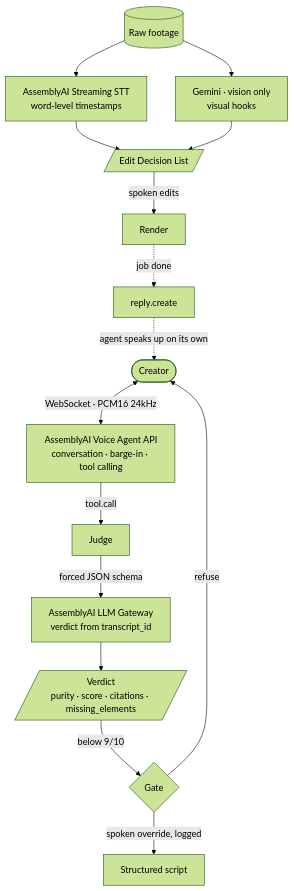
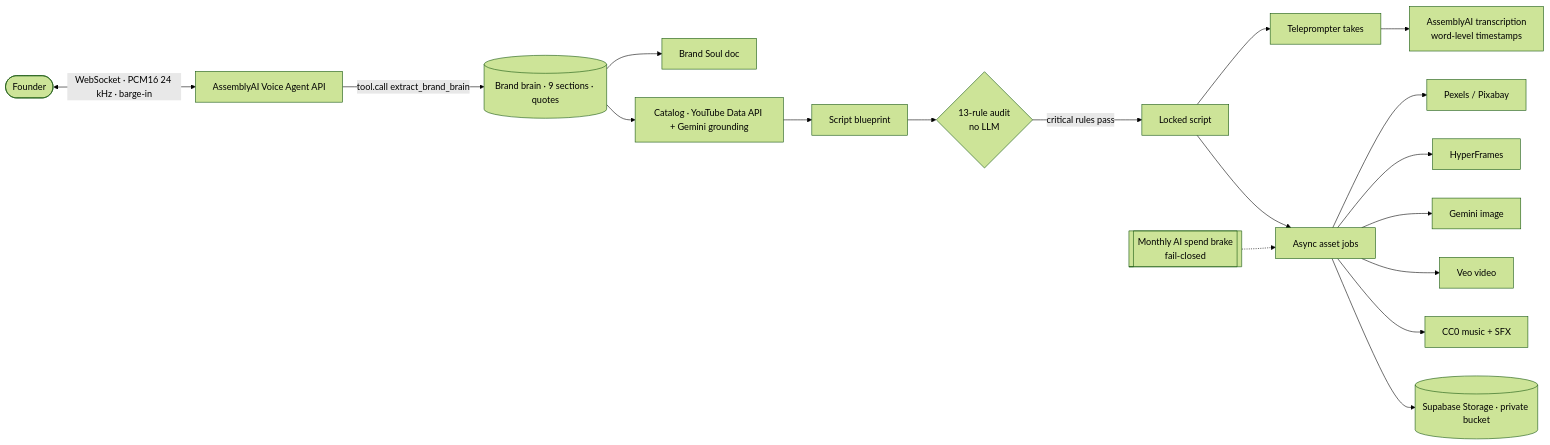
The diagram in README.md (SingularityOS-AI/brand-studio-agent), drawn with Mermaid (forest theme) before and after one commit. The commit also changed other lines of this file and 7 other files, not shown here.

````diff
--- a/README.md
+++ b/README.md
@@ -46,21 +70,19 @@
 ```mermaid
-flowchart TD
-    U([Creator]) <-->|WebSocket · PCM16 24kHz| VA[AssemblyAI Voice Agent API<br/>conversation · barge-in · tool calling]
-
-    VA -->|tool.call| J[Judge]
-    J -->|forced JSON schema| GW[AssemblyAI LLM Gateway<br/>verdict from transcript_id]
-    GW --> V[/Verdict<br/>purity · score · citations · missing_elements/]
-
-    V -->|below 9/10| GATE{Gate}
-    GATE -->|refuse| U
-    GATE -->|spoken override, logged| SCRIPT[Structured script]
-
-    RAW[(Raw footage)] --> STT[AssemblyAI Streaming STT<br/>word-level timestamps]
-    STT --> EDL[/Edit Decision List/]
-    RAW --> GEM[Gemini · vision only<br/>visual hooks]
-    GEM --> EDL
-
-    EDL -->|spoken edits| RENDER[Render]
-    RENDER -.->|job done| RC[reply.create]
-    RC -.->|agent speaks up on its own| U
+flowchart LR
+    U([Founder]) <-->|WebSocket · PCM16 24 kHz · barge-in| VA[AssemblyAI Voice Agent API]
+    VA -->|tool.call extract_brand_brain| BB[(Brand brain · 9 sections · quotes)]
+    BB --> SOUL[Brand Soul doc]
+    BB --> CAT[Catalog · YouTube Data API + Gemini grounding]
+    CAT --> SCR[Script blueprint]
+    SCR --> AUD{13-rule audit<br/>no LLM}
+    AUD -->|critical rules pass| LOCK[Locked script]
+    LOCK --> REC[Teleprompter takes] --> STT[AssemblyAI transcription<br/>word-level timestamps]
+    LOCK --> JOBS[Async asset jobs]
+    JOBS --> STK[Pexels / Pixabay]
+    JOBS --> MG[HyperFrames]
+    JOBS --> IMG[Gemini image]
+    JOBS --> VEO[Veo video]
+    JOBS --> MUS[CC0 music + SFX]
+    GUARD[[Monthly AI spend brake<br/>fail-closed]] -.-> JOBS
+    JOBS --> ST[(Supabase Storage · private bucket)]
 ```
````
